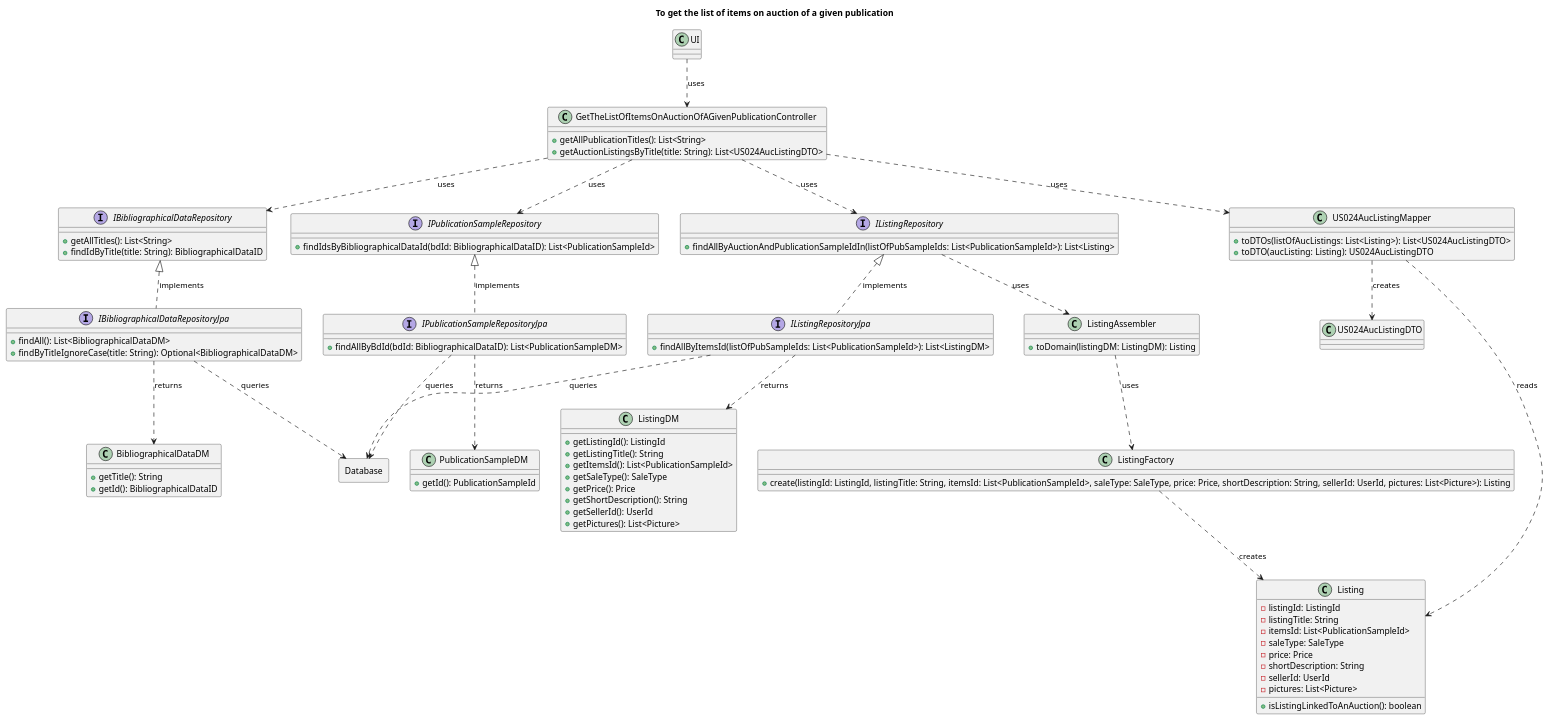
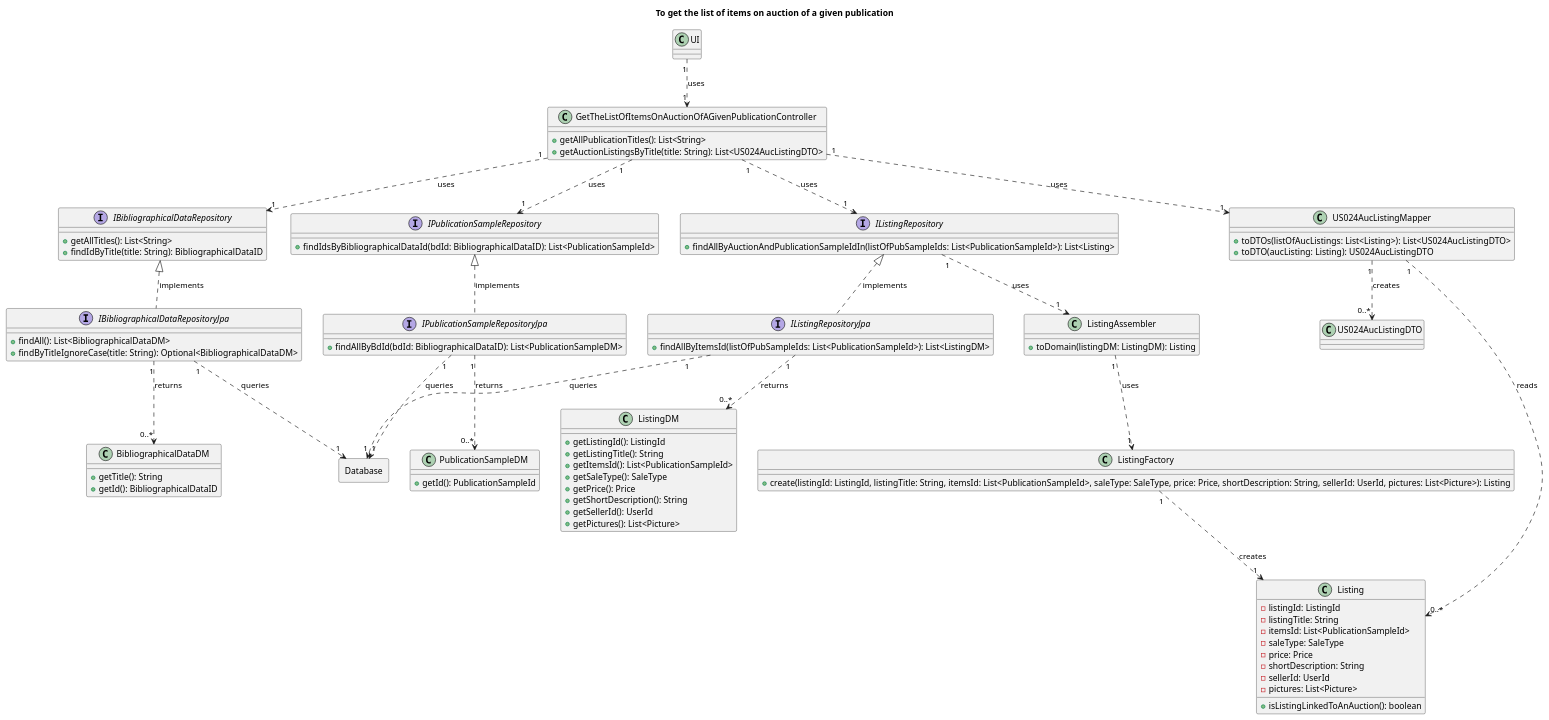
Before and after one commit to AndrePereiraGitH/SWitCH-Project-Team_A: the diagram in Diagrams/ClassDiagrams/To-get-the-list-of-items-on-auction-of-a-given-publication.puml, drawn with PlantUML. The commit also changed 1 other file, not shown here.

```diff
--- a/Diagrams/ClassDiagrams/To-get-the-list-of-items-on-auction-of-a-given-publication.puml
+++ b/Diagrams/ClassDiagrams/To-get-the-list-of-items-on-auction-of-a-given-publication.puml
@@ -1,122 +1,122 @@
 @startuml
 
 title To get the list of items on auction of a given publication
 
 ' ── UI Layer ───────────────────────────────────────────────
 class UI {
 }
 
 ' ── Application Layer ──────────────────────────────────────
 class GetTheListOfItemsOnAuctionOfAGivenPublicationController {
   +getAllPublicationTitles(): List<String>
   +getAuctionListingsByTitle(title: String): List<US024AucListingDTO>
 }
 
 class US024AucListingMapper {
   +toDTOs(listOfAucListings: List<Listing>): List<US024AucListingDTO>
   +toDTO(aucListing: Listing): US024AucListingDTO
 }
 
 class US024AucListingDTO {
 }
 
 ' ── Domain Layer ───────────────────────────────────────────
 interface IBibliographicalDataRepository {
   +getAllTitles(): List<String>
   +findIdByTitle(title: String): BibliographicalDataID
 }
 
 interface IPublicationSampleRepository {
   +findIdsByBibliographicalDataId(bdId: BibliographicalDataID): List<PublicationSampleId>
 }
 
 interface IListingRepository {
   +findAllByAuctionAndPublicationSampleIdIn(listOfPubSampleIds: List<PublicationSampleId>): List<Listing>
 }
 
 class Listing {
   -listingId: ListingId
   -listingTitle: String
   -itemsId: List<PublicationSampleId>
   -saleType: SaleType
   -price: Price
   -shortDescription: String
   -sellerId: UserId
   -pictures: List<Picture>
   +isListingLinkedToAnAuction(): boolean
 }
 
 ' ── Infrastructure Layer ───────────────────────────────────
 interface IBibliographicalDataRepositoryJpa {
   +findAll(): List<BibliographicalDataDM>
   +findByTitleIgnoreCase(title: String): Optional<BibliographicalDataDM>
 }
 
 interface IPublicationSampleRepositoryJpa {
   +findAllByBdId(bdId: BibliographicalDataID): List<PublicationSampleDM>
 }
 
 interface IListingRepositoryJpa {
   +findAllByItemsId(listOfPubSampleIds: List<PublicationSampleId>): List<ListingDM>
 }
 
 class ListingAssembler {
   +toDomain(listingDM: ListingDM): Listing
 }
 
 class ListingFactory {
   +create(listingId: ListingId, listingTitle: String, itemsId: List<PublicationSampleId>, saleType: SaleType, price: Price, shortDescription: String, sellerId: UserId, pictures: List<Picture>): Listing
 }
 
 class BibliographicalDataDM {
   +getTitle(): String
   +getId(): BibliographicalDataID
 }
 
 class PublicationSampleDM {
   +getId(): PublicationSampleId
 }
 
 class ListingDM {
   +getListingId(): ListingId
   +getListingTitle(): String
   +getItemsId(): List<PublicationSampleId>
   +getSaleType(): SaleType
   +getPrice(): Price
   +getShortDescription(): String
   +getSellerId(): UserId
   +getPictures(): List<Picture>
 }
 
 rectangle Database {
 }
 
 ' ── Relationships ──────────────────────────────────────────
 
-UI ..> GetTheListOfItemsOnAuctionOfAGivenPublicationController : uses
+UI "1" ..> "1" GetTheListOfItemsOnAuctionOfAGivenPublicationController : uses
 
-GetTheListOfItemsOnAuctionOfAGivenPublicationController ..> IBibliographicalDataRepository : uses
-GetTheListOfItemsOnAuctionOfAGivenPublicationController ..> IPublicationSampleRepository : uses
-GetTheListOfItemsOnAuctionOfAGivenPublicationController ..> IListingRepository : uses
-GetTheListOfItemsOnAuctionOfAGivenPublicationController ..> US024AucListingMapper : uses
+GetTheListOfItemsOnAuctionOfAGivenPublicationController "1" ..> "1" IBibliographicalDataRepository : uses
+GetTheListOfItemsOnAuctionOfAGivenPublicationController "1" ..> "1" IPublicationSampleRepository : uses
+GetTheListOfItemsOnAuctionOfAGivenPublicationController "1" ..> "1" IListingRepository : uses
+GetTheListOfItemsOnAuctionOfAGivenPublicationController "1" ..> "1" US024AucListingMapper : uses
 
 IBibliographicalDataRepository <|.. IBibliographicalDataRepositoryJpa : implements
 IPublicationSampleRepository <|.. IPublicationSampleRepositoryJpa : implements
 IListingRepository <|.. IListingRepositoryJpa : implements
 
-IBibliographicalDataRepositoryJpa ..> BibliographicalDataDM : returns
-IPublicationSampleRepositoryJpa ..> PublicationSampleDM : returns
-IListingRepositoryJpa ..> ListingDM : returns
+IBibliographicalDataRepositoryJpa "1" ..> "0..*" BibliographicalDataDM : returns
+IPublicationSampleRepositoryJpa "1" ..> "0..*" PublicationSampleDM : returns
+IListingRepositoryJpa "1" ..> "0..*" ListingDM : returns
 
-IListingRepository ..> ListingAssembler : uses
-ListingAssembler ..> ListingFactory : uses
-ListingFactory ..> Listing : creates
+IListingRepository "1" ..> "1" ListingAssembler : uses
+ListingAssembler "1" ..> "1" ListingFactory : uses
+ListingFactory "1" ..> "1" Listing : creates
 
-IBibliographicalDataRepositoryJpa ..> Database : queries
-IPublicationSampleRepositoryJpa ..> Database : queries
-IListingRepositoryJpa ..> Database : queries
+IBibliographicalDataRepositoryJpa "1" ..> "1" Database : queries
+IPublicationSampleRepositoryJpa "1" ..> "1" Database : queries
+IListingRepositoryJpa "1" ..> "1" Database : queries
 
-US024AucListingMapper ..> Listing : reads
-US024AucListingMapper ..> US024AucListingDTO : creates
+US024AucListingMapper "1" ..> "0..*" Listing : reads
+US024AucListingMapper "1" ..> "0..*" US024AucListingDTO : creates
 
 @enduml
```
